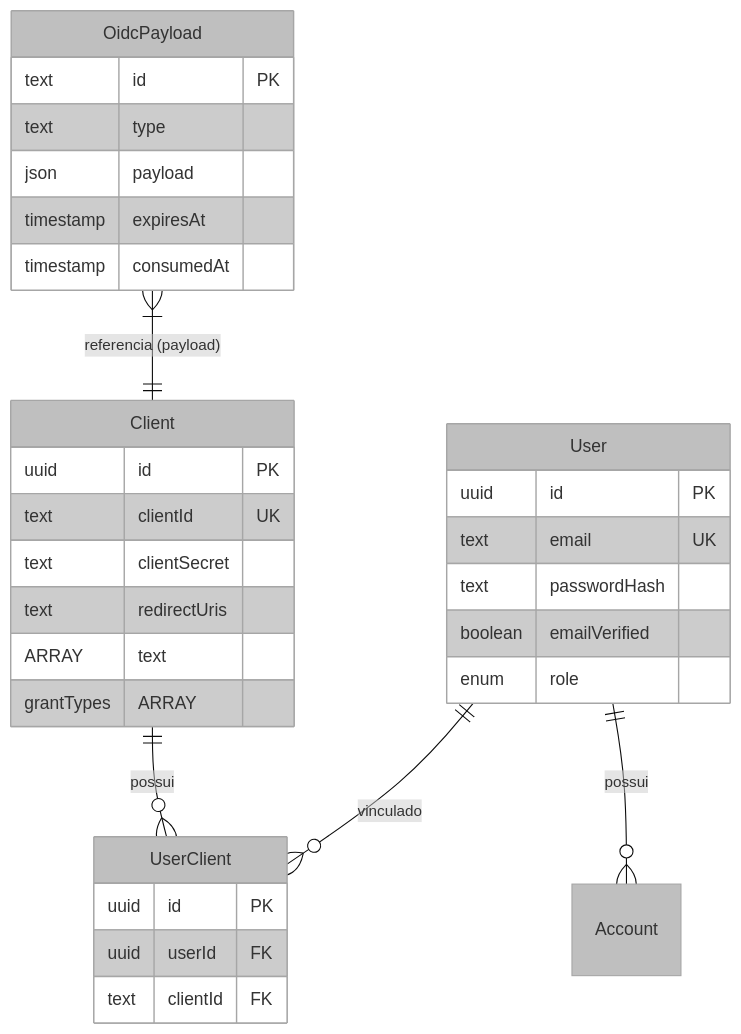
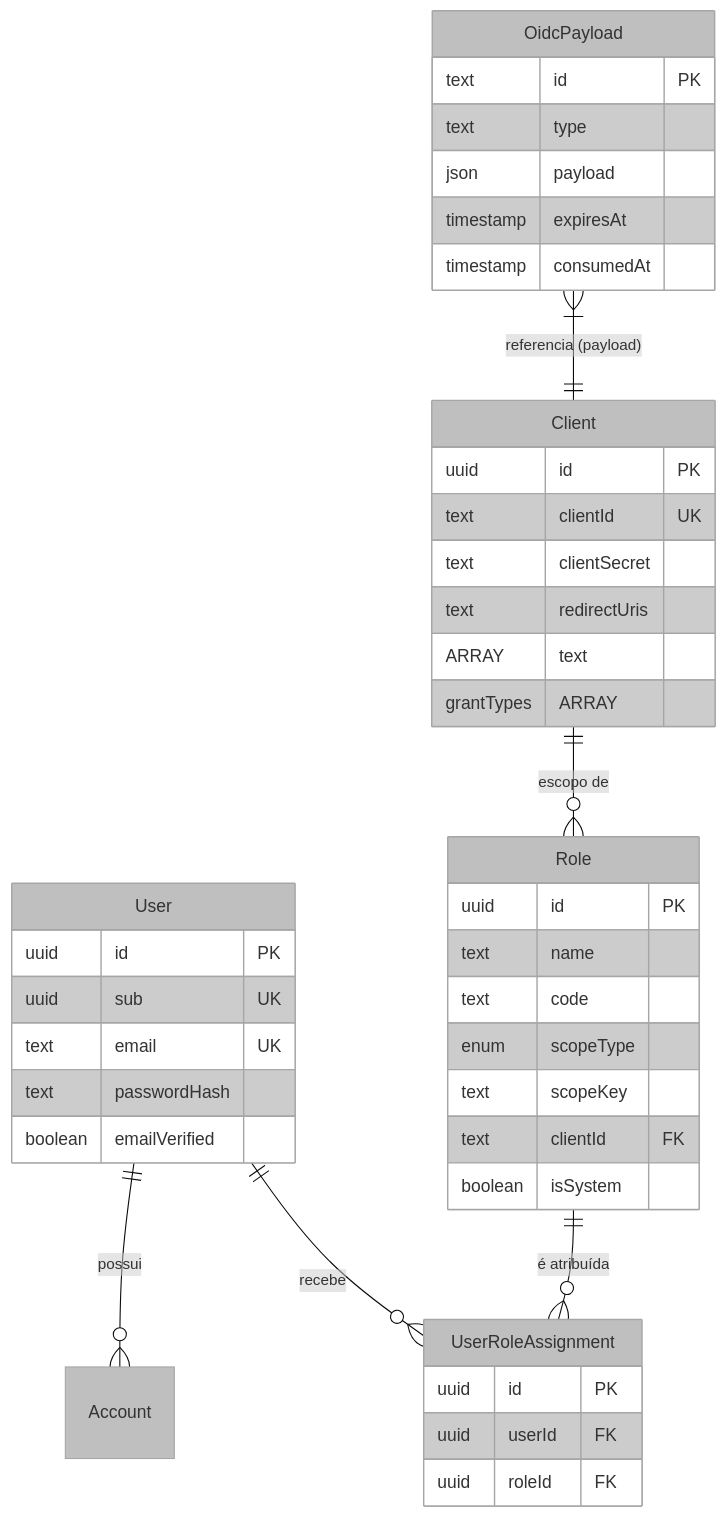
One commit to marcus-v-rodrigues/janus-idp changed the diagram in docs/DATABASE_ARCHITECTURE.md. Above: the diagram before and after it, drawn with Mermaid. The commit also changed other lines of this file and 20 other files, not shown here.

First line of the commit message:
feat(auth): implement data-driven RBAC system with global and client roles

````diff
--- a/docs/DATABASE_ARCHITECTURE.md
+++ b/docs/DATABASE_ARCHITECTURE.md
@@ -18,38 +19,49 @@
 ```mermaid
 %%{init: {'theme': 'base', 'themeVariables': { 'primaryColor': '#bfbfbf', 'edgeColor': '#5d5d5d' }, "flowchart": {"subGraphTitleMargin": {"bottom": 30}}}}%%
 erDiagram
-    User ||--o{ UserClient : "vinculado"
-    Client ||--o{ UserClient : "possui"
     User ||--o{ Account : "possui"
+    User ||--o{ UserRoleAssignment : "recebe"
+    Role ||--o{ UserRoleAssignment : "é atribuída"
+    Client ||--o{ Role : "escopo de"
     OidcPayload }|--|| Client : "referencia (payload)"
     
     User {
         uuid id PK
+        uuid sub UK
         text email UK
         text passwordHash
         boolean emailVerified
-        enum role
     }
     
     Client {
         uuid id PK
         text clientId UK
         text clientSecret
         text redirectUris ARRAY
         text grantTypes ARRAY
     }
     
-    UserClient {
+    Role {
+        uuid id PK
+        text name
+        text code
+        enum scopeType
+        text scopeKey
+        text clientId FK
+        boolean isSystem
+    }
+    
+    UserRoleAssignment {
         uuid id PK
         uuid userId FK
-        text clientId FK
+        uuid roleId FK
     }
     
     OidcPayload {
         text id PK
         text type
         json payload
         timestamp expiresAt
         timestamp consumedAt
     }
 ```
````
